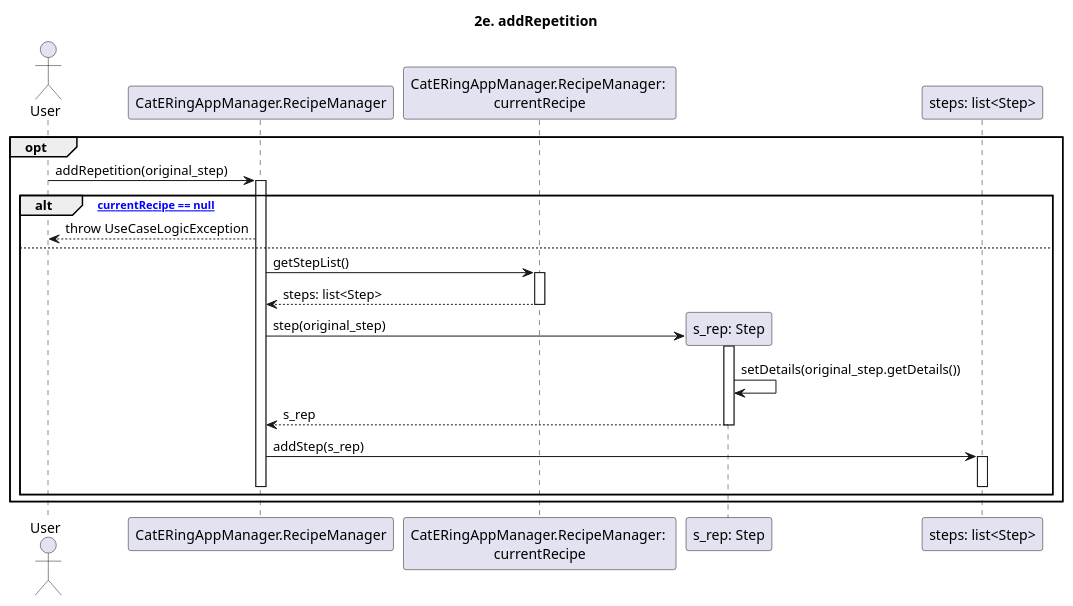
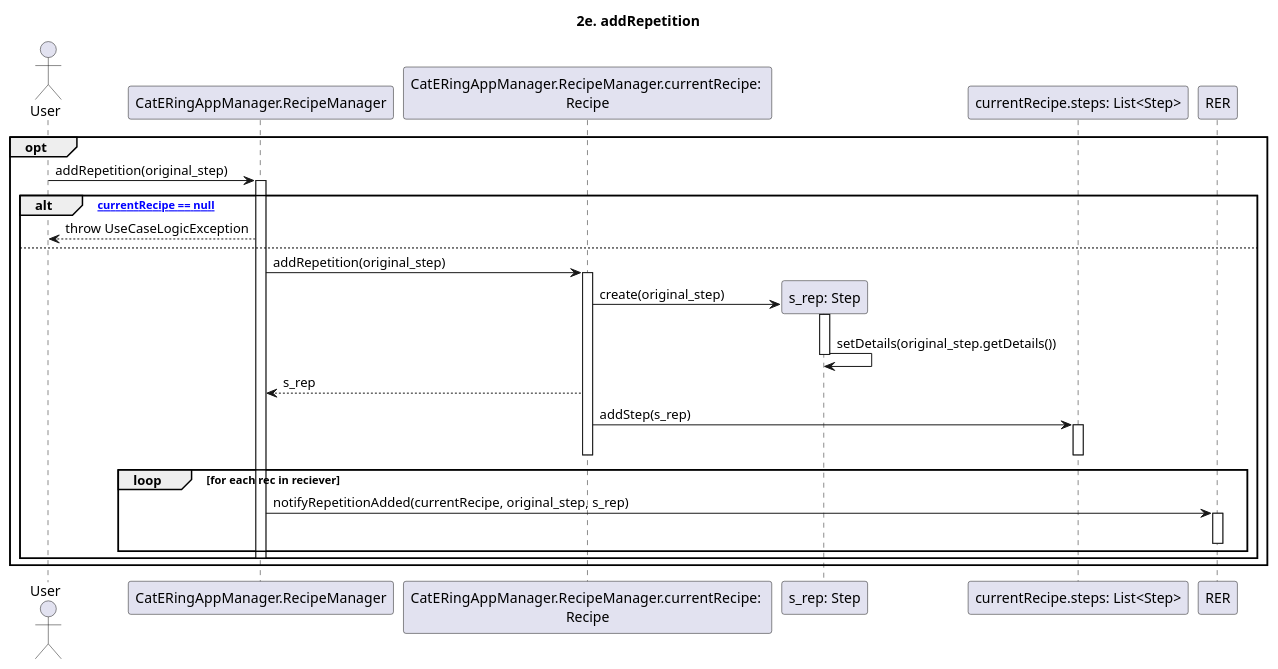
One commit to m0canu1/sas changed the diagram in dsd/dsd-ricette/estensioni/2e-addRepetition.md. Above: the diagram before and after it, drawn with PlantUML. The commit also changed 4 other files, not shown here.

````diff
--- a/dsd/dsd-ricette/estensioni/2e-addRepetition.md
+++ b/dsd/dsd-ricette/estensioni/2e-addRepetition.md
@@ -1,39 +1,45 @@
 ```plantuml
 
 title: 2e. addRepetition
 
 Actor User
 Participant "CatERingAppManager.RecipeManager" as RM 
-Participant "CatERingAppManager.RecipeManager: \ncurrentRecipe" as CR
+Participant "CatERingAppManager.RecipeManager.currentRecipe: \nRecipe" as CR
 
 
 opt
 	User -> RM: addRepetition(original_step)
 	Activate RM
 
 	alt ["currentRecipe == null"]
         RM --> User: throw UseCaseLogicException
     else
     	
-    	RM -> CR: getStepList()
+    	RM -> CR: addRepetition(original_step)
         Activate CR
-        CR --> RM: steps: list<Step>
-        Deactivate CR
+        
 
     	create "s_rep: Step"
-
-            RM -> "s_rep: Step": step(original_step)
+        
+            CR -> "s_rep: Step": create(original_step)
         Activate "s_rep: Step"
             "s_rep: Step" -> "s_rep: Step": setDetails(original_step.getDetails())
-            "s_rep: Step" --> RM: s_rep
           
+        
+        
         Deactivate "s_rep: Step"
-
-        RM -> "steps: list<Step>": addStep(s_rep)
-        Activate "steps: list<Step>"
-        Deactivate "steps: list<Step>"
-    	Deactivate CR
+        CR --> RM: s_rep
+        CR -> "currentRecipe.steps: List<Step>": addStep(s_rep)
+        Activate "currentRecipe.steps: List<Step>"
+        Deactivate CR
+        Deactivate "currentRecipe.steps: List<Step>"
+        loop for each rec in reciever
+            RM -> RER: notifyRepetitionAdded(currentRecipe, original_step, s_rep)
+            Activate RER
+            Deactivate RER
+        end
+    	
     	Deactivate RM
    	end
 end
 ```
````
